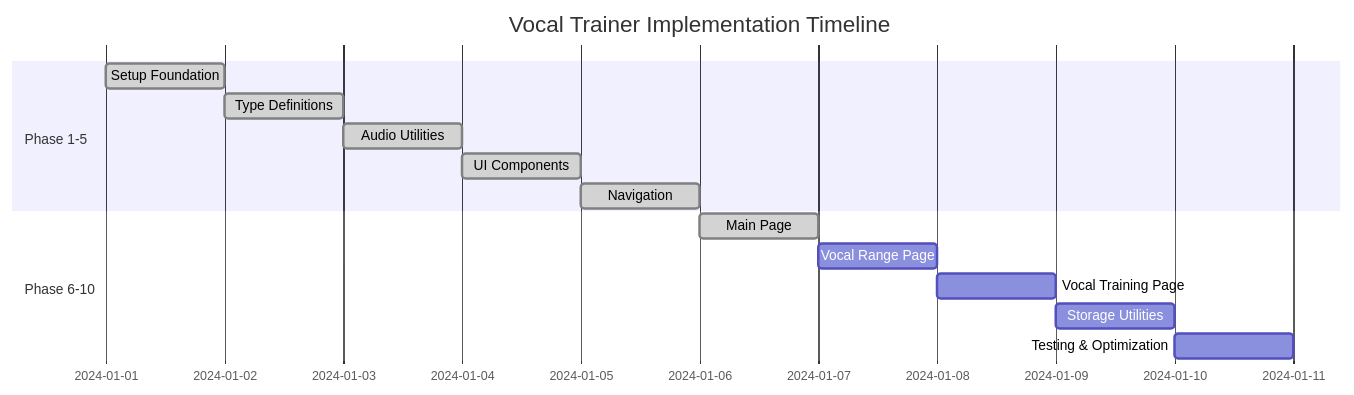
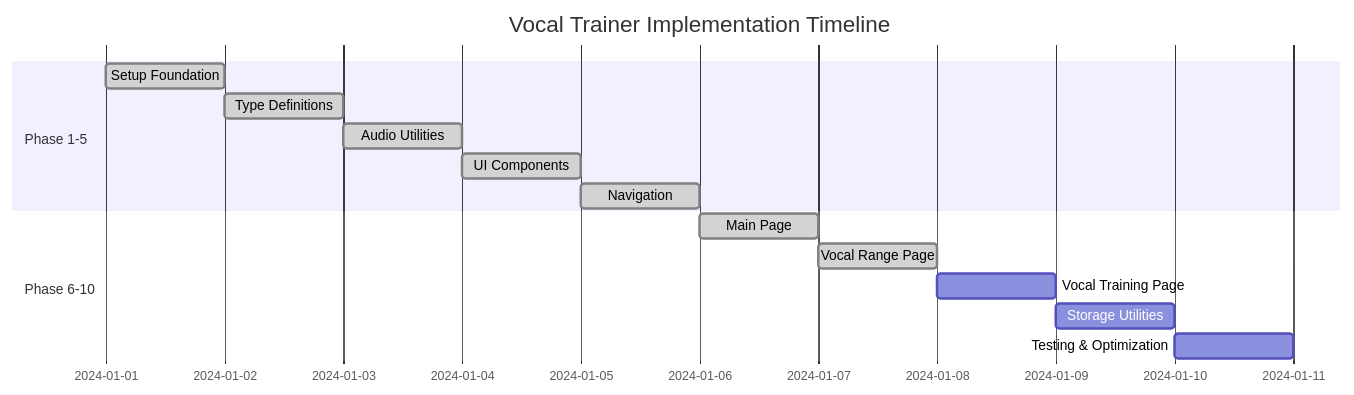
The diagram in vocal-trainer-phase-plan.md (rayinailham/vocal-trainer), drawn with Mermaid before and after one commit. The commit also changed other lines of this file and 1 other file, not shown here.

````diff
--- a/vocal-trainer-phase-plan.md
+++ b/vocal-trainer-phase-plan.md
@@ -324,18 +324,18 @@
 ```mermaid
 gantt
     title Vocal Trainer Implementation Timeline
     dateFormat  YYYY-MM-DD
     section Phase 1-5
     Setup Foundation        :done, phase1, 2024-01-01, 1d
     Type Definitions        :done, phase2, after phase1, 1d
     Audio Utilities         :done, phase3, after phase2, 1d
     UI Components           :done, phase4, after phase3, 1d
     Navigation              :done, phase5, after phase4, 1d
     
     section Phase 6-10
     Main Page               :done, phase6, after phase5, 1d
-    Vocal Range Page        :phase7, after phase6, 1d
+    Vocal Range Page        :done, phase7, after phase6, 1d
     Vocal Training Page     :phase8, after phase7, 1d
     Storage Utilities       :phase9, after phase8, 1d
     Testing & Optimization  :phase10, after phase9, 1d
 ```
````
